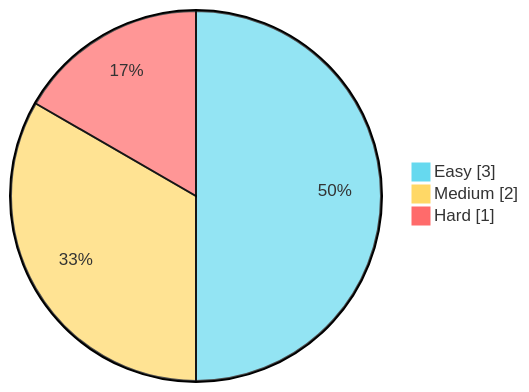
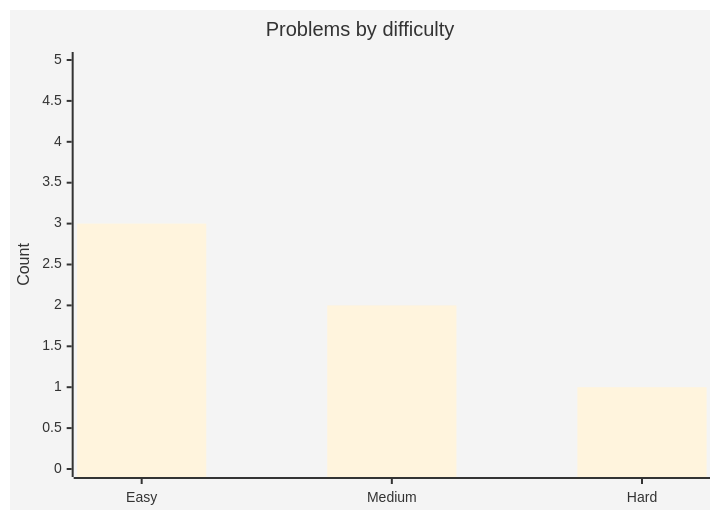
One commit to hinata-koizumi/leetcode-journey changed the diagram in README.md. Above: the diagram before and after it, drawn with Mermaid. The commit also changed other lines of this file and 1 other file, not shown here.

Commit message:
Replace pie chart with bar chart and text progress bars.

````diff
--- a/README.md
+++ b/README.md
@@ -18,7 +24,8 @@
 ```mermaid
-%%{init: {"theme":"base","themeVariables":{"pie1":"#66d9ef","pie2":"#ffd866","pie3":"#ff6b6b"}}}%%
-pie showData
-    "Easy" : 3
-    "Medium" : 2
-    "Hard" : 1
+%%{init: {"theme":"base"}}%%
+xychart-beta
+    title "Problems by difficulty"
+    x-axis [Easy, Medium, Hard]
+    y-axis "Count" 0 --> 5
+    bar [3, 2, 1]
 ```
````
